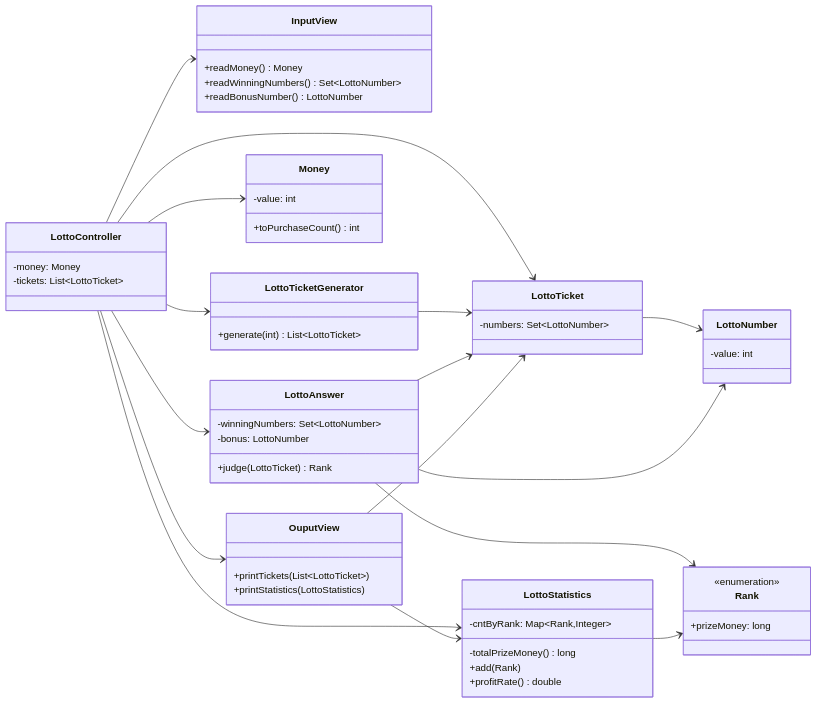
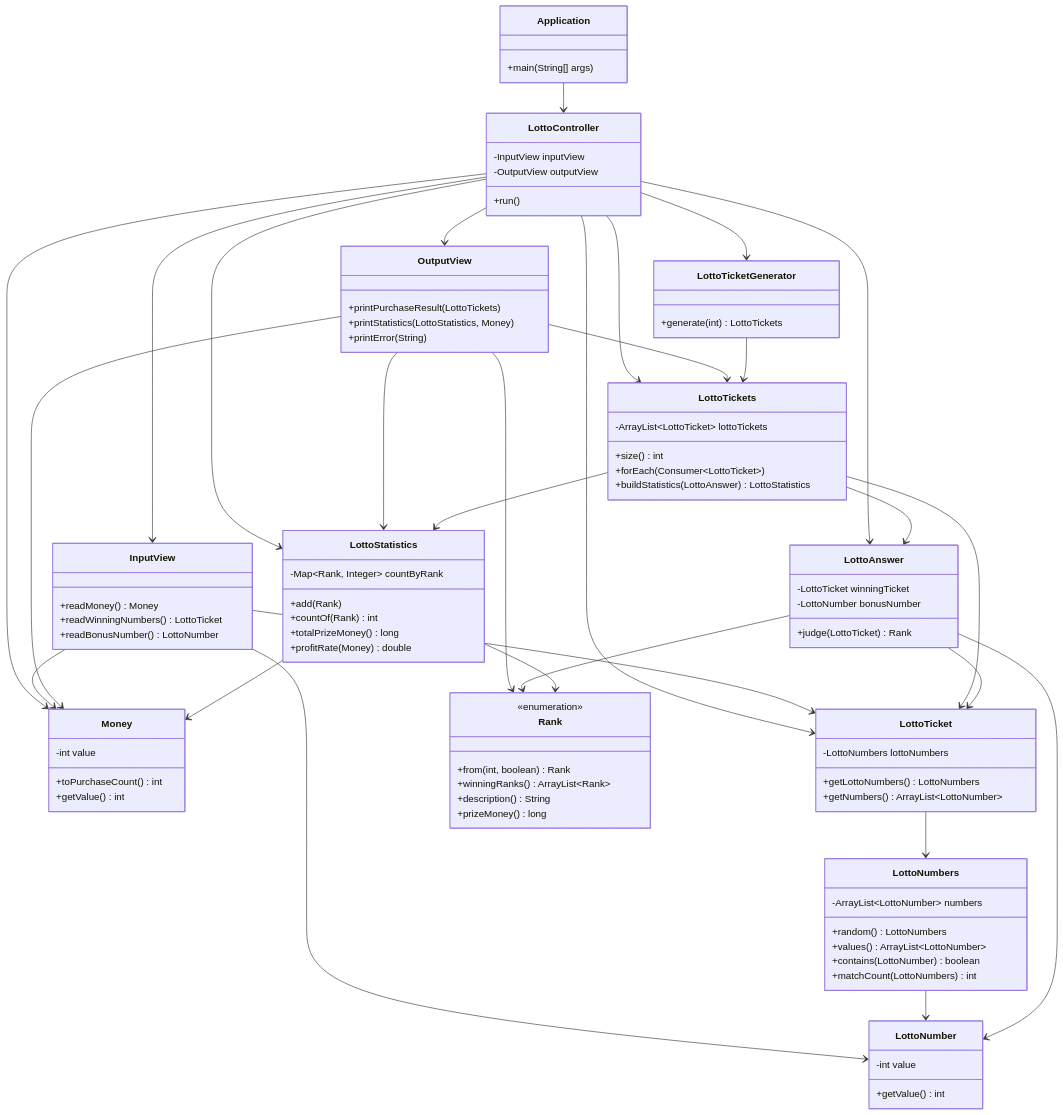
Before and after one commit to Lujaec/java-lotto-kakao: the diagram in README.md, drawn with Mermaid. The commit also changed other lines of this file, not shown here.

Commit message:
docs: 리드미 업데이트

````diff
--- a/README.md
+++ b/README.md
@@ -68,71 +21,111 @@
 ```mermaid
 classDiagram
-direction LR
+
+class Application {
+  +main(String[] args)
+}
+
+class LottoController {
+  -InputView inputView
+  -OutputView outputView
+  +run()
+}
 
 class InputView {
   +readMoney() Money
-  +readWinningNumbers() Set~LottoNumber~
+  +readWinningNumbers() LottoTicket
   +readBonusNumber() LottoNumber
 }
 
-class OuputView {
-  +printTickets(List~LottoTicket~)
-  +printStatistics(LottoStatistics)
-}
-
-class LottoController {
-  -money: Money
-  -tickets: List~LottoTicket~
+class OutputView {
+  +printPurchaseResult(LottoTickets)
+  +printStatistics(LottoStatistics, Money)
+  +printError(String)
 }
 
 class Money {
-  -value: int
+  -int value
   +toPurchaseCount() int
+  +getValue() int
+}
+
+class LottoNumber {
+  -int value
+  +getValue() int
+}
+
+class LottoNumbers {
+  -ArrayList~LottoNumber~ numbers
+  +random() LottoNumbers
+  +values() ArrayList~LottoNumber~
+  +contains(LottoNumber) boolean
+  +matchCount(LottoNumbers) int
 }
 
 class LottoTicket {
-  -numbers: Set~LottoNumber~
-}
-
-class LottoNumber {
-  -value: int
+  -LottoNumbers lottoNumbers
+  +getLottoNumbers() LottoNumbers
+  +getNumbers() ArrayList~LottoNumber~
 }
 
 class LottoTicketGenerator {
-  +generate(int) List~LottoTicket~
+  +generate(int) LottoTickets
+}
+
+class LottoTickets {
+  -ArrayList~LottoTicket~ lottoTickets
+  +size() int
+  +forEach(Consumer~LottoTicket~)
+  +buildStatistics(LottoAnswer) LottoStatistics
 }
 
 class LottoAnswer {
-  -winningNumbers: Set~LottoNumber~
-  -bonus: LottoNumber
+  -LottoTicket winningTicket
+  -LottoNumber bonusNumber
   +judge(LottoTicket) Rank
 }
 
 class Rank {
   <<enumeration>>
-  +prizeMoney: long
+  +from(int, boolean) Rank
+  +winningRanks() ArrayList~Rank~
+  +description() String
+  +prizeMoney() long
 }
 
 class LottoStatistics {
-  -cntByRank: Map~Rank,Integer~
-  -totalPrizeMoney() long
+  -Map~Rank, Integer~ countByRank
   +add(Rank)
-  +profitRate() double
+  +countOf(Rank) int
+  +totalPrizeMoney() long
+  +profitRate(Money) double
 }
 
+Application --> LottoController
 LottoController --> InputView
-LottoController --> OuputView
+LottoController --> OutputView
 LottoController --> Money
+LottoController --> LottoTicketGenerator
+LottoController --> LottoTickets
 LottoController --> LottoTicket
-LottoController --> LottoTicketGenerator
 LottoController --> LottoAnswer
 LottoController --> LottoStatistics
-LottoTicket --> LottoNumber
-LottoTicketGenerator --> LottoTicket
+InputView --> Money
+InputView --> LottoTicket
+InputView --> LottoNumber
+OutputView --> LottoTickets
+OutputView --> LottoStatistics
+OutputView --> Money
+OutputView --> Rank
+LottoTicket --> LottoNumbers
+LottoNumbers --> LottoNumber
+LottoTicketGenerator --> LottoTickets
+LottoTickets --> LottoTicket
+LottoTickets --> LottoAnswer
+LottoTickets --> LottoStatistics
+LottoAnswer --> LottoTicket
 LottoAnswer --> LottoNumber
-LottoAnswer --> LottoTicket
 LottoAnswer --> Rank
 LottoStatistics --> Rank
-OuputView --> LottoTicket
-OuputView --> LottoStatistics
+LottoStatistics --> Money
 ```
````
